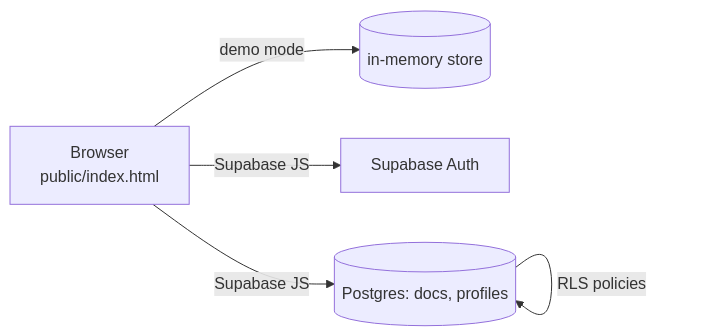
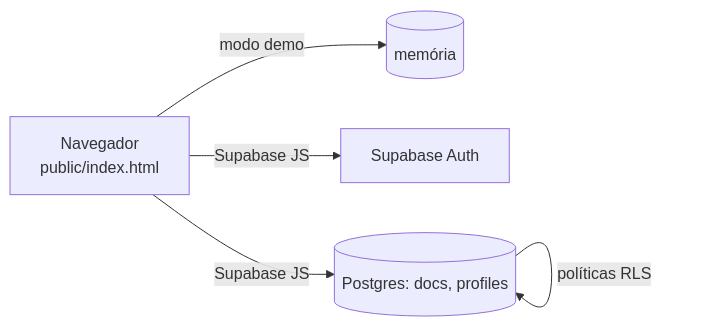
One commit to DeividHidalgo/giro-moto changed the diagram in README.md. Above: the diagram before and after it, drawn with Mermaid. The commit also changed other lines of this file and 1 other file, not shown here.

````diff
--- a/README.md
+++ b/README.md
@@ -33,7 +34,7 @@
 ```mermaid
 flowchart LR
-  B[Browser<br/>public/index.html] -- demo mode --> M[(in-memory store)]
+  B[Navegador<br/>public/index.html] -- modo demo --> M[(memória)]
   B -- Supabase JS --> A[Supabase Auth]
   B -- Supabase JS --> D[(Postgres: docs, profiles)]
-  D -- RLS policies --> D
+  D -- políticas RLS --> D
 ```
````
